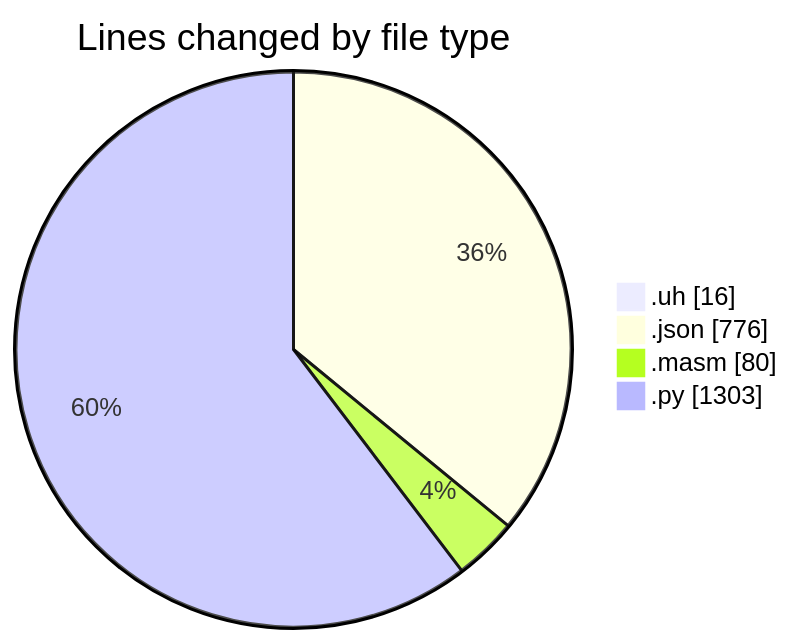
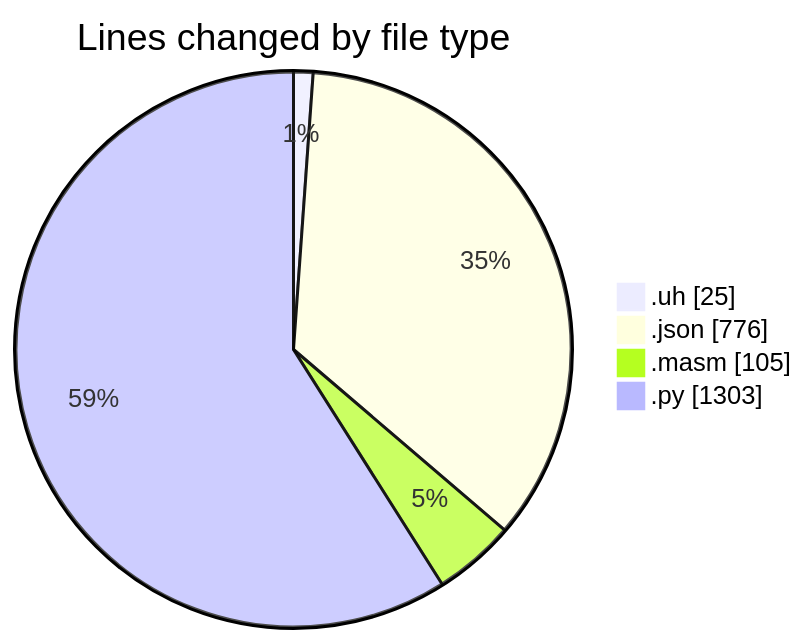
Before and after one commit to charlie-sans/code-tracking: the first of 2 diagrams in 2025-04-30/uhigh-lang/README.md, drawn with Mermaid. The commit also changed other lines of this file and 1 other file, not shown here.

````diff
--- a/2025-04-30/uhigh-lang/README.md
+++ b/2025-04-30/uhigh-lang/README.md
@@ -25,8 +25,8 @@
 ```mermaid
 pie showData
 title Lines changed by file type
-".uh" : 16
+".uh" : 25
 ".json" : 776
-".masm" : 80
+".masm" : 105
 ".py" : 1303
 ```
````
